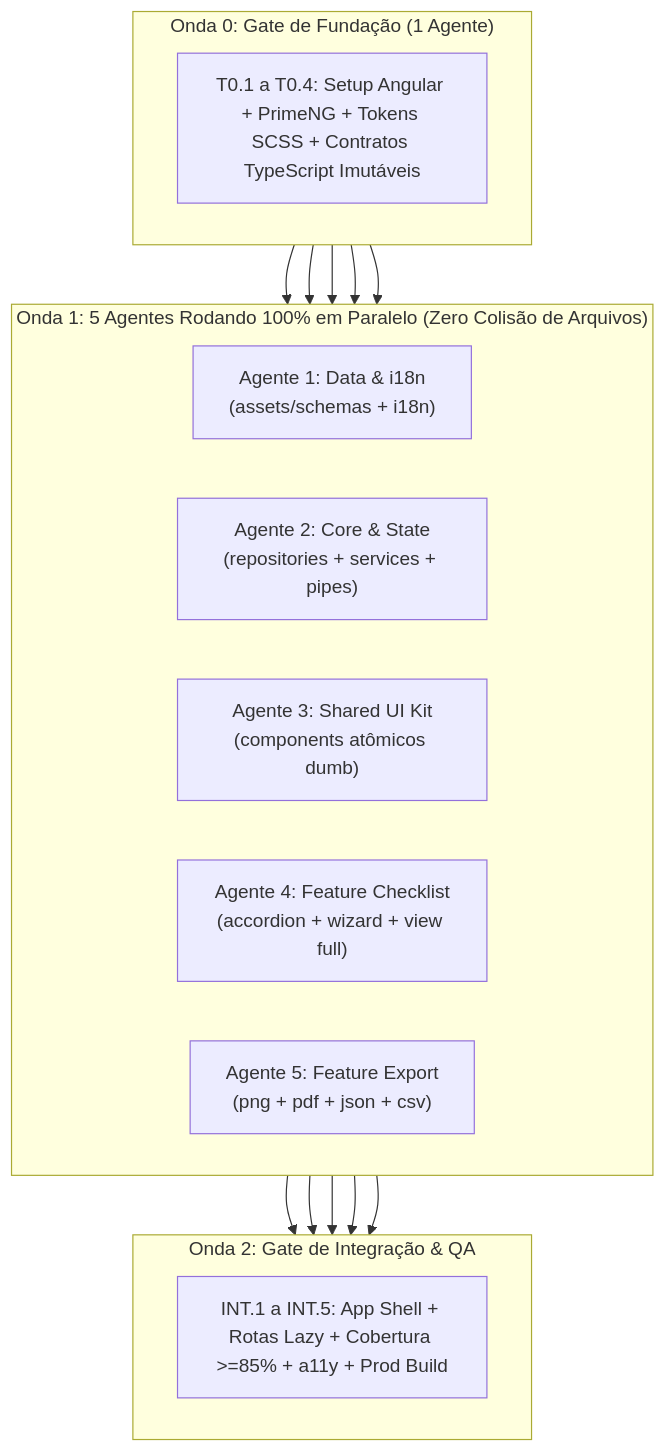
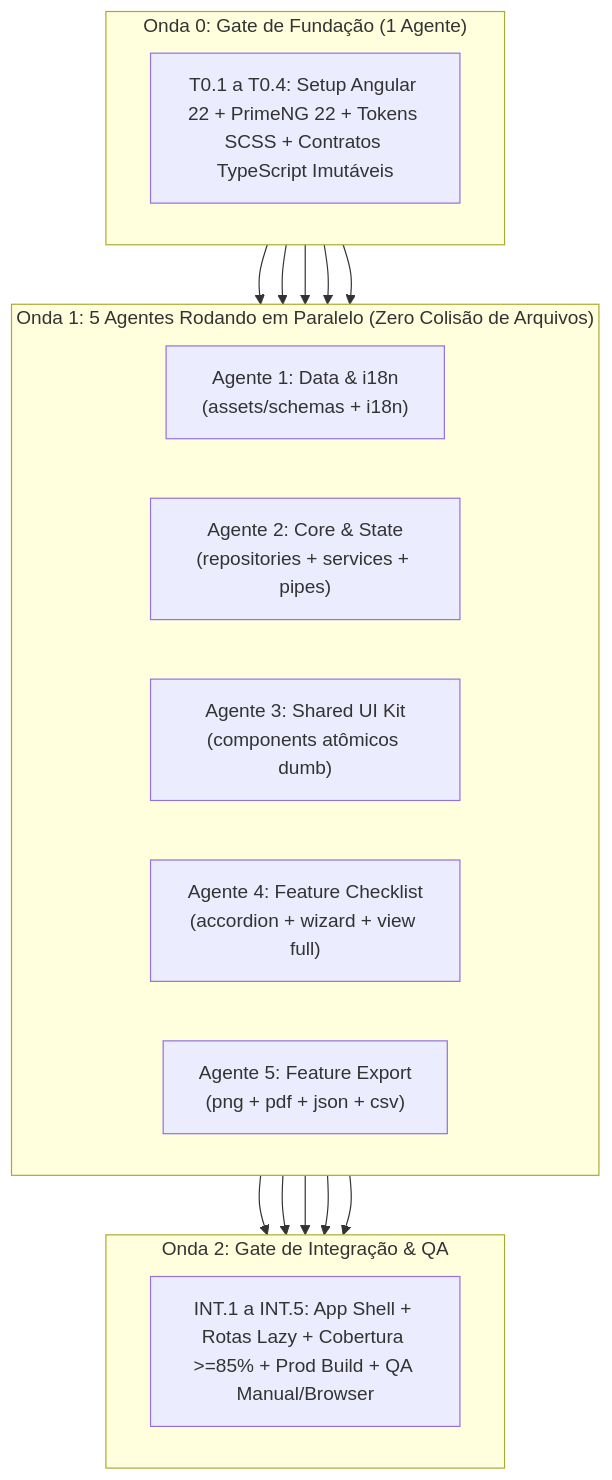
Before and after one commit to LeoneRocha/kinkconsentmanager: the diagram in docs/CHECKLIST_IMPLEMENTACAO_PROGRESSO.md, drawn with Mermaid. The commit also changed other lines of this file and 143 other files, not shown here.

````diff
--- a/docs/CHECKLIST_IMPLEMENTACAO_PROGRESSO.md
+++ b/docs/CHECKLIST_IMPLEMENTACAO_PROGRESSO.md
@@ -16,22 +16,22 @@
 ```mermaid
 flowchart TB
     subgraph WAVE0 ["Onda 0: Gate de Fundação (1 Agente)"]
-        T0["T0.1 a T0.4: Setup Angular + PrimeNG + Tokens SCSS + Contratos TypeScript Imutáveis"]
+        T0["T0.1 a T0.4: Setup Angular 22 + PrimeNG 22 + Tokens SCSS + Contratos TypeScript Imutáveis"]
     end
 
-    subgraph WAVE1 ["Onda 1: 5 Agentes Rodando 100% em Paralelo (Zero Colisão de Arquivos)"]
+    subgraph WAVE1 ["Onda 1: 5 Agentes Rodando em Paralelo (Zero Colisão de Arquivos)"]
         direction LR
         AG1["Agente 1: Data & i18n\n(assets/schemas + i18n)"]
         AG2["Agente 2: Core & State\n(repositories + services + pipes)"]
         AG3["Agente 3: Shared UI Kit\n(components atômicos dumb)"]
         AG4["Agente 4: Feature Checklist\n(accordion + wizard + view full)"]
         AG5["Agente 5: Feature Export\n(png + pdf + json + csv)"]
     end
 
     subgraph WAVE2 ["Onda 2: Gate de Integração & QA"]
-        INT["INT.1 a INT.5: App Shell + Rotas Lazy + Cobertura >=85% + a11y + Prod Build"]
+        INT["INT.1 a INT.5: App Shell + Rotas Lazy + Cobertura >=85% + Prod Build + QA Manual/Browser"]
     end
 
     WAVE0 --> AG1 & AG2 & AG3 & AG4 & AG5
     AG1 & AG2 & AG3 & AG4 & AG5 --> WAVE2
 ```
````
